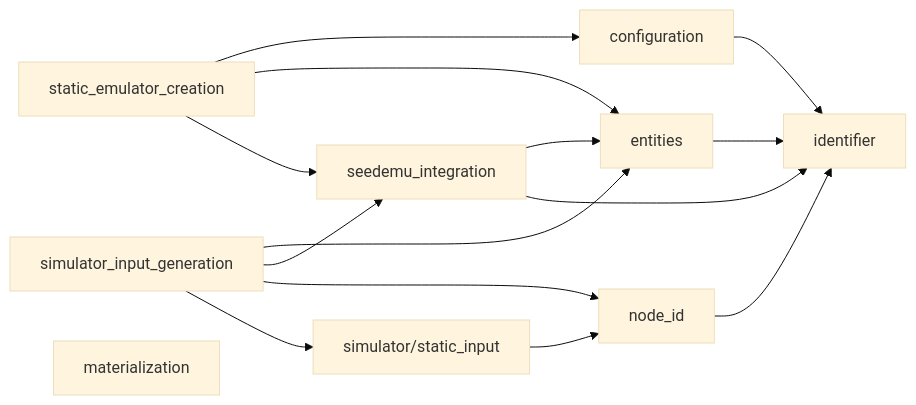
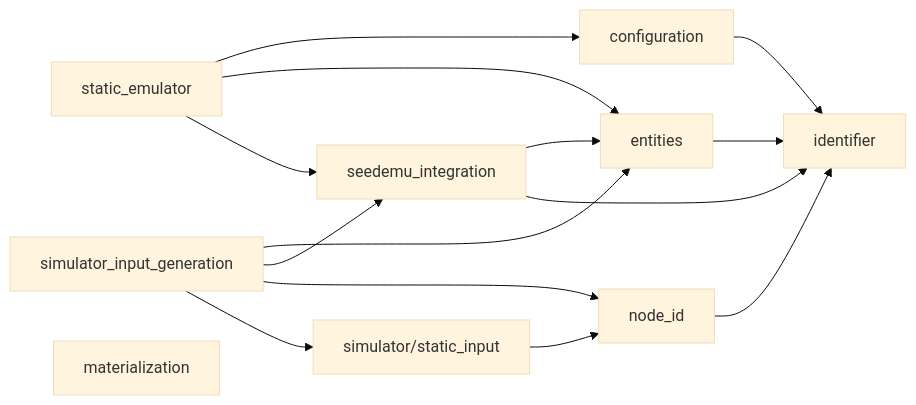
One commit to seed-labs/skyseed changed the first of 8 diagrams in skyseed_v2/docs/architecture/diagrams.md. Above: the diagram before and after it, drawn with Mermaid (base theme). The commit also changed other lines of this file and 31 other files, not shown here.

Commit message:
Converge static Emulator file input

````diff
--- a/skyseed_v2/docs/architecture/diagrams.md
+++ b/skyseed_v2/docs/architecture/diagrams.md
@@ -11,26 +11,26 @@
 ```mermaid
 flowchart LR
     ENT[entities]
     SEED[seedemu_integration]
     INPUT[simulator/static_input]
     CONFIG[configuration]
-    CREATE[static_emulator_creation]
+    CREATE[static_emulator]
     GENERATE[simulator_input_generation]
     MAT[materialization]
     NODEID[node_id]
     ID[identifier]
 
     SEED --> ENT
     ENT --> ID
     SEED --> ID
     NODEID --> ID
     INPUT --> NODEID
     CONFIG --> ID
     CREATE --> CONFIG
     CREATE --> ENT
     CREATE --> SEED
     GENERATE --> ENT
     GENERATE --> SEED
     GENERATE --> NODEID
     GENERATE --> INPUT
 ```
````
